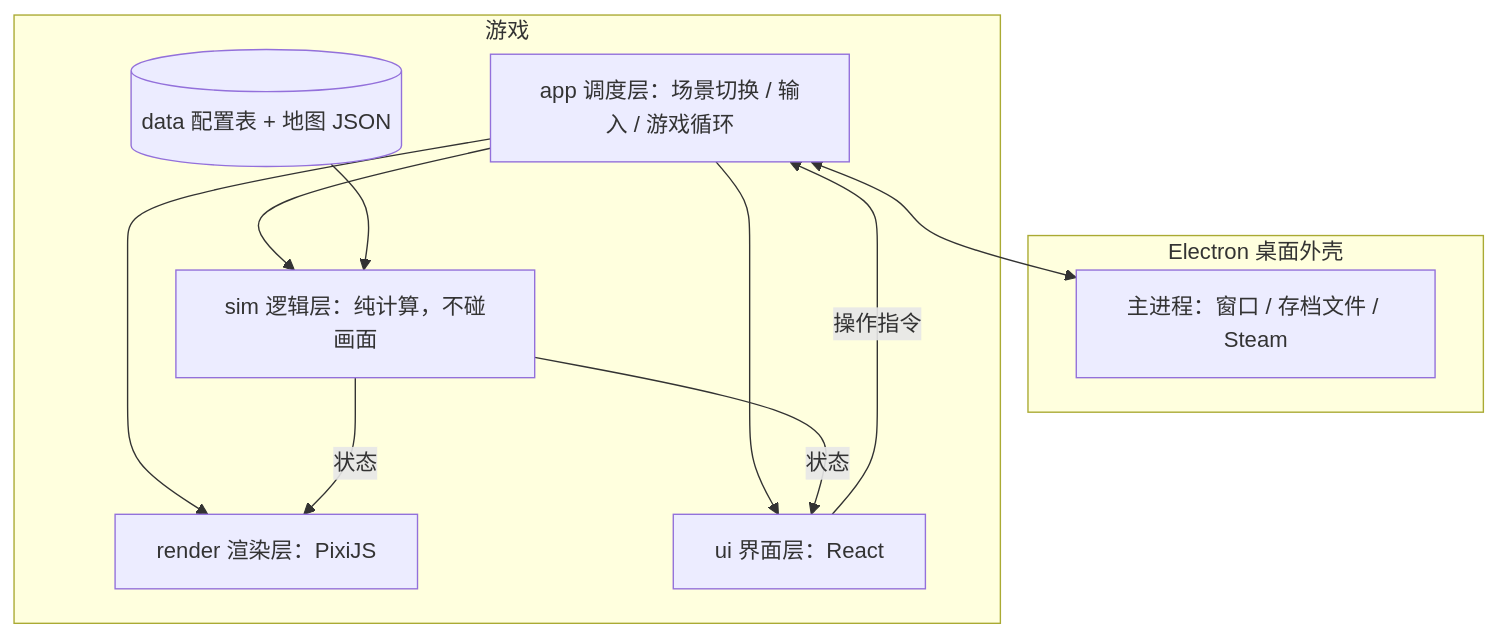
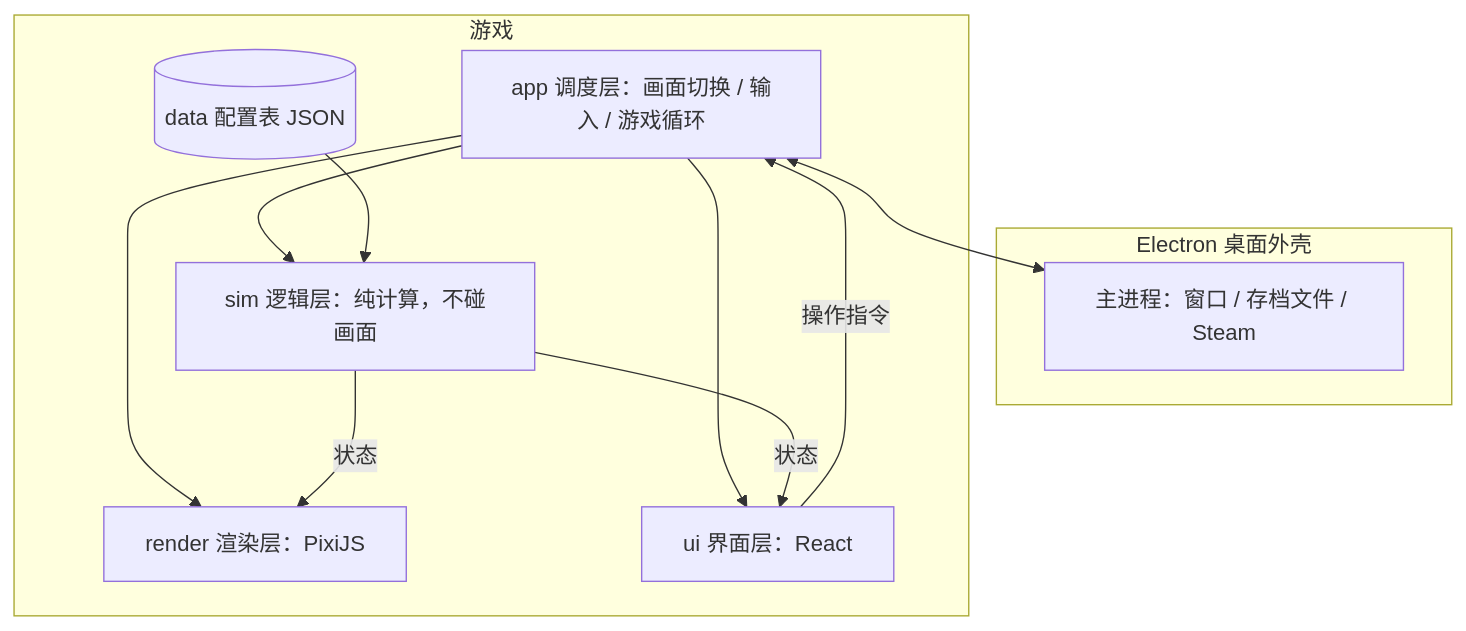
The diagram in docs/production-plan.md (bocmiao/fishing), drawn with Mermaid before and after one commit. The commit also changed other lines of this file and 2 other files, not shown here.

````diff
--- a/docs/production-plan.md
+++ b/docs/production-plan.md
@@ -42,21 +44,21 @@
 ```mermaid
 flowchart TB
     subgraph Electron[Electron 桌面外壳]
         Main[主进程：窗口 / 存档文件 / Steam]
     end
     subgraph Game[游戏]
-        App[app 调度层：场景切换 / 输入 / 游戏循环]
+        App[app 调度层：画面切换 / 输入 / 游戏循环]
         Sim[sim 逻辑层：纯计算，不碰画面]
         Render[render 渲染层：PixiJS]
         UI[ui 界面层：React]
-        Data[(data 配置表 + 地图 JSON)]
+        Data[(data 配置表 JSON)]
     end
     App --> Sim
     App --> Render
     App --> UI
     Data --> Sim
     Sim -- 状态 --> Render
     Sim -- 状态 --> UI
     UI -- 操作指令 --> App
     App <--> Main
 ```
````
